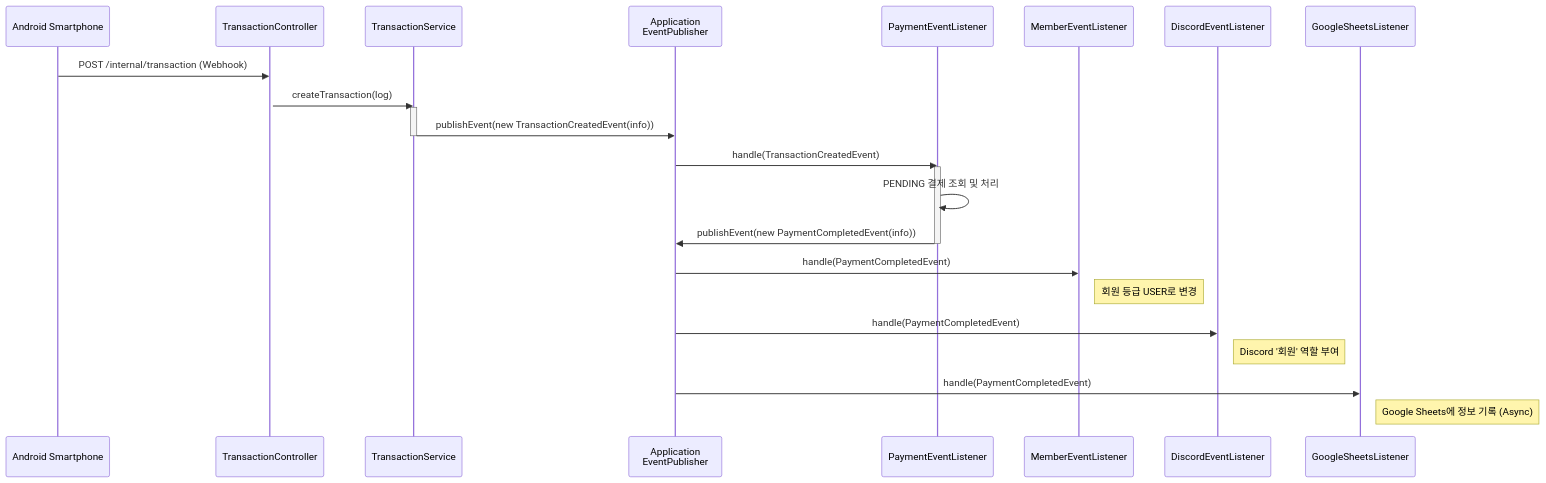
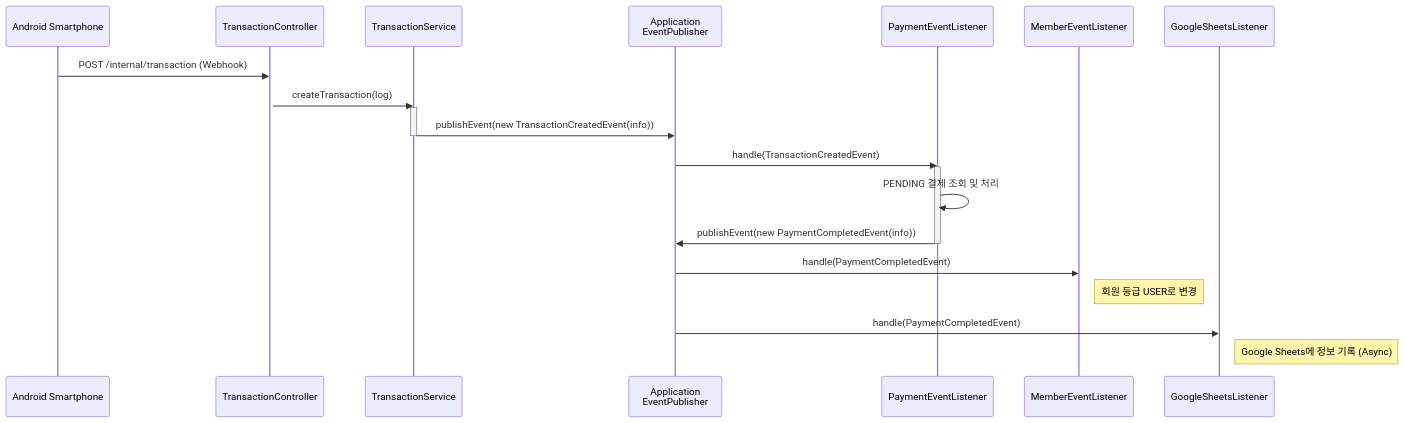
One commit to dkuaegis/aegis-server changed the diagram in README.md. Above: the diagram before and after it, drawn with Mermaid. The commit also changed other lines of this file and 18 other files, not shown here.

````diff
--- a/README.md
+++ b/README.md
@@ -89,30 +89,27 @@
 ```mermaid
 sequenceDiagram
     participant Android Smartphone
     participant TransactionController
     participant TransactionService
     participant AppEventPublisher as Application<br>EventPublisher
     participant PaymentEventListener
     participant MemberEventListener
-    participant DiscordEventListener
     participant GoogleSheetsListener
 
     Android Smartphone->>TransactionController: POST /internal/transaction (Webhook)
     activate TransactionController
     TransactionController->>TransactionService: createTransaction(log)
     activate TransactionService
     TransactionService->>AppEventPublisher: publishEvent(new TransactionCreatedEvent(info))
     deactivate TransactionService
     AppEventPublisher->>PaymentEventListener: handle(TransactionCreatedEvent)
     activate PaymentEventListener
     PaymentEventListener->>PaymentEventListener: PENDING 결제 조회 및 처리
     PaymentEventListener->>AppEventPublisher: publishEvent(new PaymentCompletedEvent(info))
     deactivate PaymentEventListener
 
     AppEventPublisher->>MemberEventListener: handle(PaymentCompletedEvent)
     note right of MemberEventListener: 회원 등급 USER로 변경
-    AppEventPublisher->>DiscordEventListener: handle(PaymentCompletedEvent)
-    note right of DiscordEventListener: Discord '회원' 역할 부여
     AppEventPublisher->>GoogleSheetsListener: handle(PaymentCompletedEvent)
     note right of GoogleSheetsListener: Google Sheets에 정보 기록 (Async)
 ```
````
